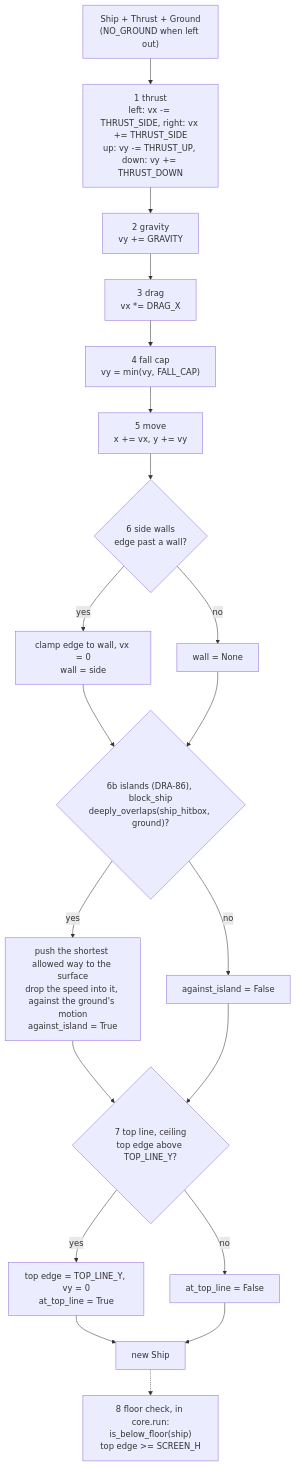
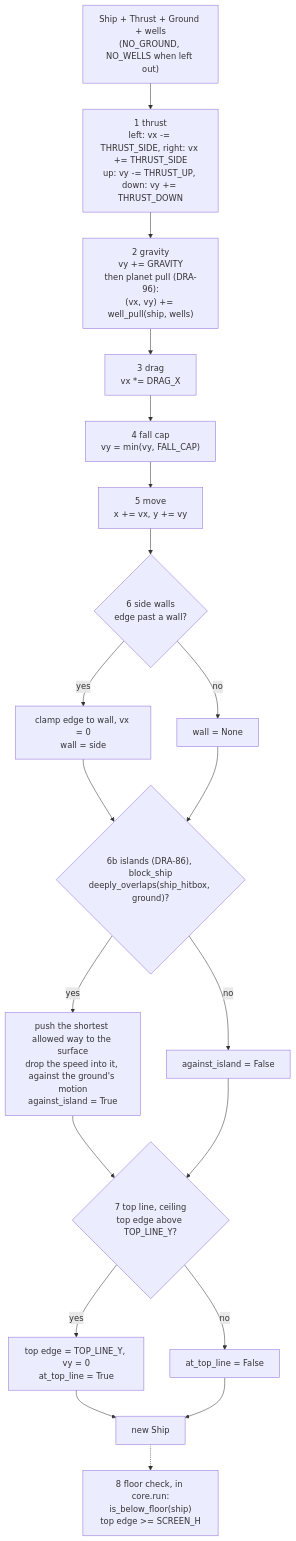
The first of 2 diagrams in docs/contracts/systems/ship.md (david-mntl/driftward-ace), drawn with Mermaid before and after one commit. The commit also changed other lines of this file and 14 other files, not shown here.

Commit message:
docs(contracts): add DRA-96 planet tasks and tuning schema; update drifters, ship, run, app contracts and wave and debug spawn schemas

````diff
--- a/docs/contracts/systems/ship.md
+++ b/docs/contracts/systems/ship.md
@@ -24,22 +28,22 @@
 ```mermaid
 flowchart TD
-  IN["Ship + Thrust + Ground<br/>(NO_GROUND when left out)"] --> T1["1 thrust<br/>left: vx -= THRUST_SIDE, right: vx += THRUST_SIDE<br/>up: vy -= THRUST_UP, down: vy += THRUST_DOWN"]
-  T1 --> T2["2 gravity<br/>vy += GRAVITY"]
+  IN["Ship + Thrust + Ground + wells<br/>(NO_GROUND, NO_WELLS when left out)"] --> T1["1 thrust<br/>left: vx -= THRUST_SIDE, right: vx += THRUST_SIDE<br/>up: vy -= THRUST_UP, down: vy += THRUST_DOWN"]
+  T1 --> T2["2 gravity<br/>vy += GRAVITY<br/>then planet pull (DRA-96):<br/>(vx, vy) += well_pull(ship, wells)"]
   T2 --> T3["3 drag<br/>vx *= DRAG_X"]
   T3 --> T4["4 fall cap<br/>vy = min(vy, FALL_CAP)"]
   T4 --> T5["5 move<br/>x += vx, y += vy"]
   T5 --> T6{"6 side walls<br/>edge past a wall?"}
   T6 -- yes --> W["clamp edge to wall, vx = 0<br/>wall = side"]
   T6 -- no --> WN["wall = None"]
   W --> T6B
   WN --> T6B{"6b islands (DRA-86), block_ship<br/>deeply_overlaps(ship_hitbox, ground)?"}
   T6B -- yes --> IP["push the shortest allowed way to the surface<br/>drop the speed into it, against the ground's motion<br/>against_island = True"]
   T6B -- no --> IN2["against_island = False"]
   IP --> T7
   IN2 --> T7{"7 top line, ceiling<br/>top edge above TOP_LINE_Y?"}
   T7 -- yes --> TL["top edge = TOP_LINE_Y, vy = 0<br/>at_top_line = True"]
   T7 -- no --> TN["at_top_line = False"]
   TL --> OUT["new Ship"]
   TN --> OUT
   OUT -.-> F["8 floor check, in core.run:<br/>is_below_floor(ship)<br/>top edge >= SCREEN_H"]
 ```
````
